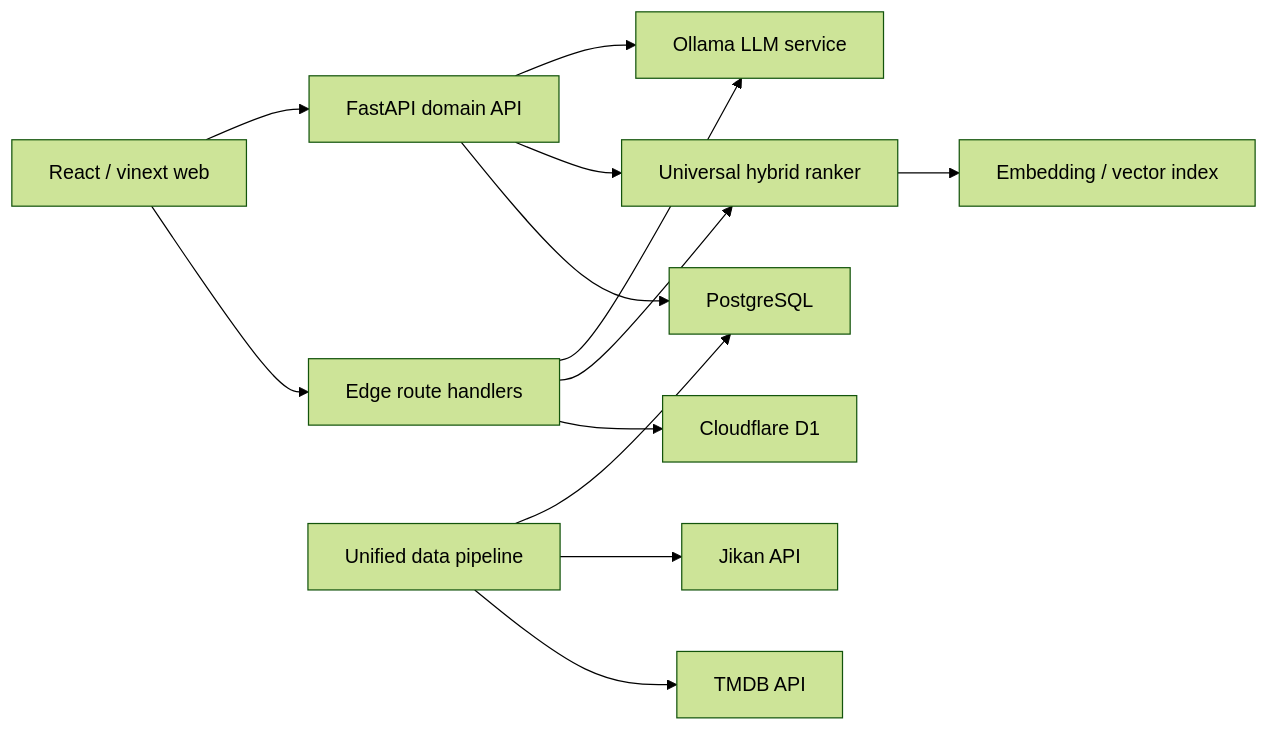
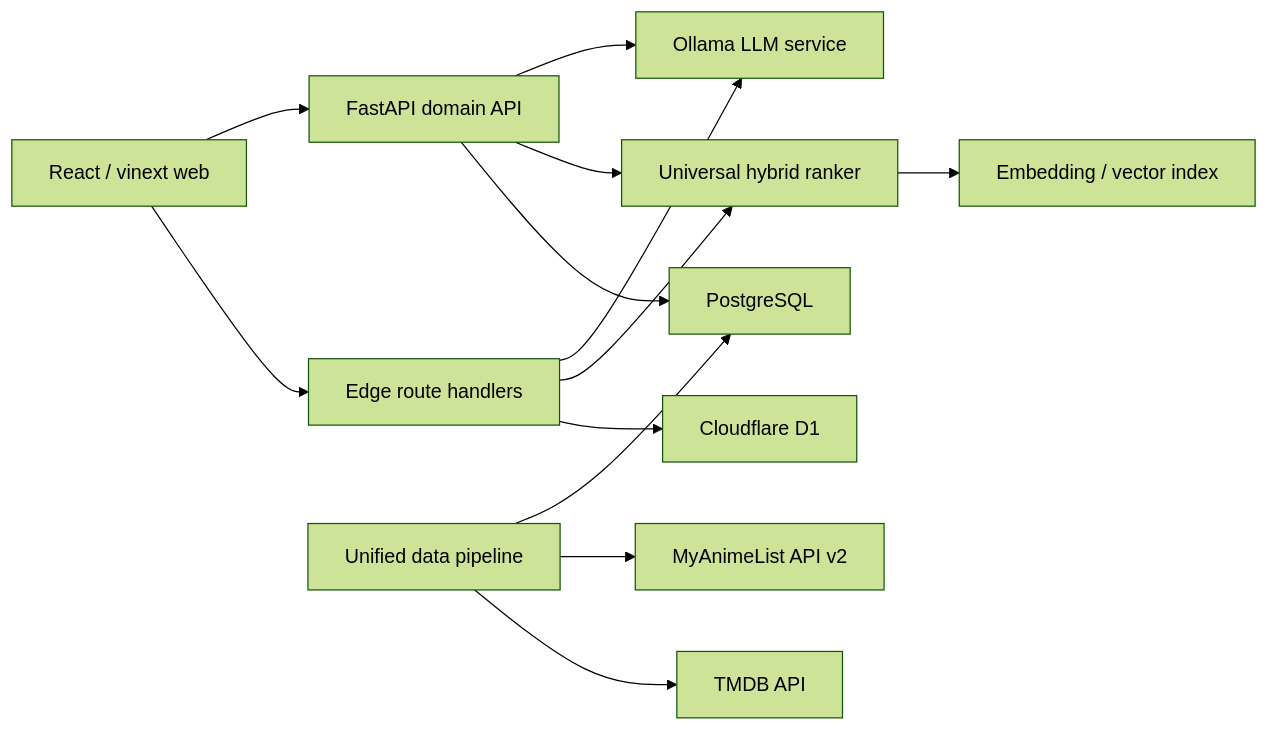
Before and after one commit to Punipun85/project-2: the diagram in ARCHITECTURE.md, drawn with Mermaid (forest theme). The commit also changed other lines of this file and 29 other files, not shown here.

````diff
--- a/ARCHITECTURE.md
+++ b/ARCHITECTURE.md
@@ -3,15 +3,15 @@
 ```mermaid
 flowchart LR
     UI["React / vinext web"] --> EDGE["Edge route handlers"]
     UI --> API["FastAPI domain API"]
     EDGE --> D1["Cloudflare D1"]
     API --> PG["PostgreSQL"]
     EDGE --> REC["Universal hybrid ranker"]
     API --> REC
     EDGE --> AI["Ollama LLM service"]
     API --> AI
     REC --> VECTOR["Embedding / vector index"]
     PIPELINE["Unified data pipeline"] --> TMDB["TMDB API"]
-    PIPELINE --> JIKAN["Jikan API"]
+    PIPELINE --> MAL["MyAnimeList API v2"]
     PIPELINE --> PG
 ```
````
